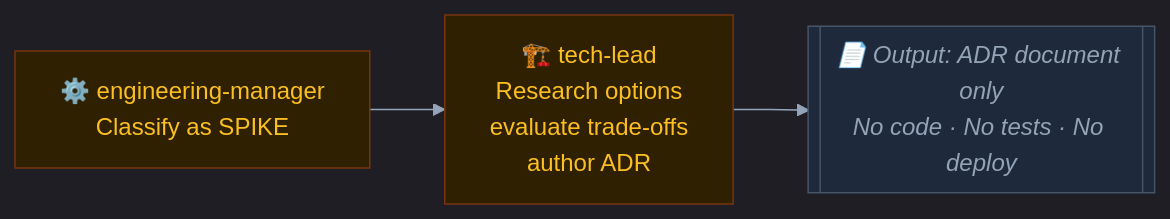
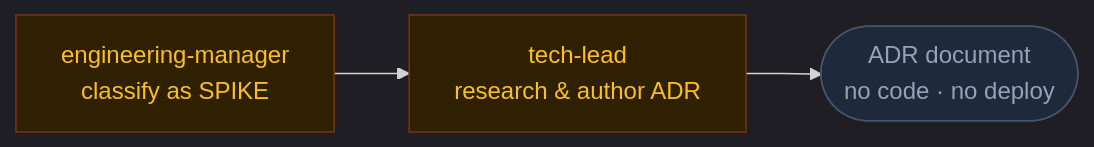
The fifth of 7 diagrams in docs/agent-pipeline.md (shanmuga-sundaram-n/personal-finance-tracker), drawn with Mermaid before and after one commit. The commit also changed other lines of this file, not shown here.

First line of the commit message:
docs: clean up Mermaid diagrams in agent-pipeline.md

````diff
--- a/docs/agent-pipeline.md
+++ b/docs/agent-pipeline.md
@@ -192,15 +182,15 @@
 ```mermaid
-%%{init: {'theme': 'dark', 'themeVariables': {'primaryColor': '#1e293b', 'primaryTextColor': '#e2e8f0', 'primaryBorderColor': '#334155', 'lineColor': '#94a3b8'}}}%%
+%%{init: {'theme': 'dark'}}%%
 flowchart LR
-    EM["⚙️ engineering-manager\nClassify as SPIKE"]
-    TL["🏗️ tech-lead\nResearch options\nevaluate trade-offs\nauthor ADR"]
-    OUT[["📄 Output: ADR document only\nNo code · No tests · No deploy"]]
+    em[engineering-manager\nclassify as SPIKE]
+    tl[tech-lead\nresearch & author ADR]
+    out([ADR document\nno code · no deploy])
 
-    EM --> TL --> OUT
+    em --> tl --> out
 
-    classDef spike  fill:#2e2000,stroke:#78350f,color:#fbbf24
-    classDef output fill:#1e293b,stroke:#475569,color:#94a3b8,font-style:italic
+    classDef spike fill:#2e2000,stroke:#78350f,color:#fbbf24
+    classDef out   fill:#1e293b,stroke:#475569,color:#94a3b8
 
-    class EM,TL spike
-    class OUT output
+    class em,tl spike
+    class out out
 ```
````
